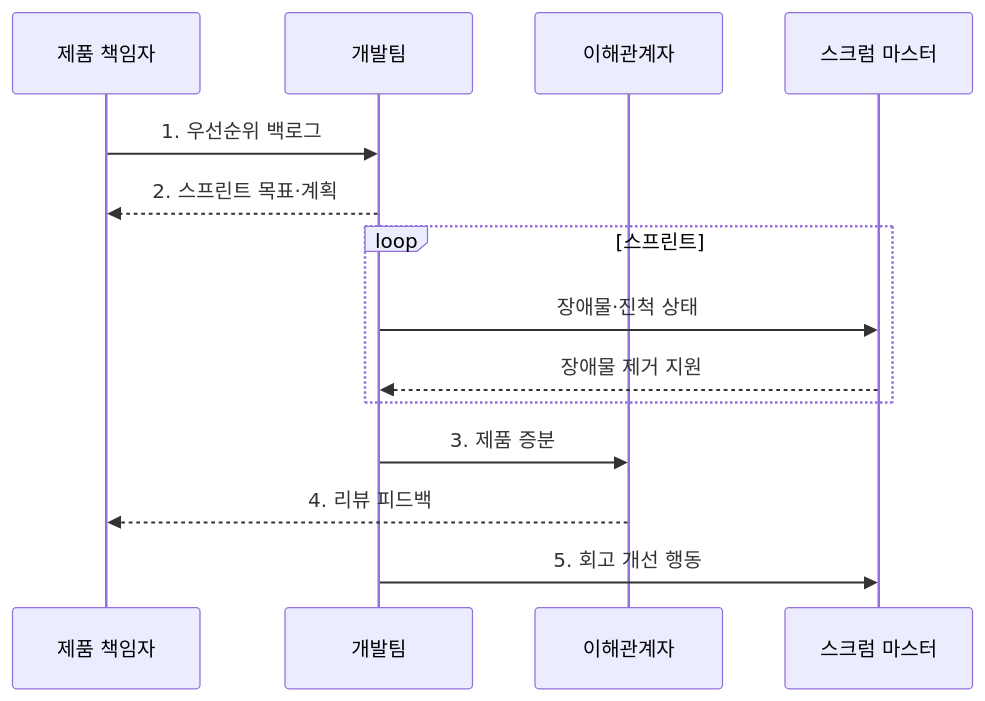
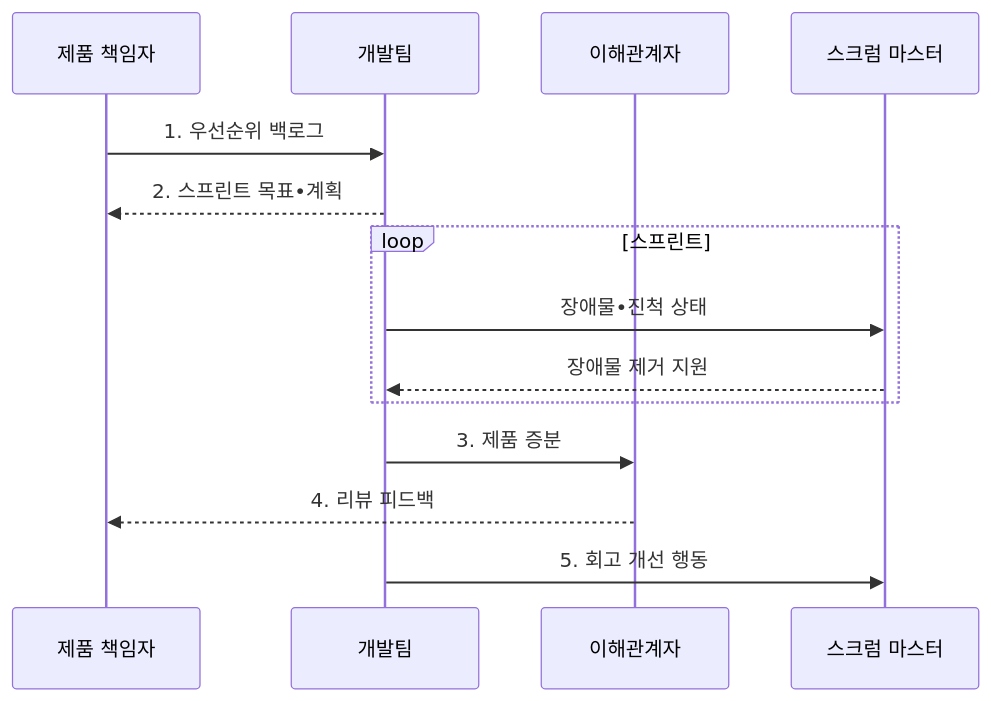
The second of 2 diagrams in src/content/docs/notes/03-software/032_agile_scrum.md (agnusdei1207/knowledge-base), drawn with Mermaid before and after one commit. The commit also changed other lines of this file and 953 other files, not shown here.

````diff
--- a/src/content/docs/notes/03-software/032_agile_scrum.md
+++ b/src/content/docs/notes/03-software/032_agile_scrum.md
@@ -110,16 +110,16 @@
 ```mermaid
 sequenceDiagram
     participant O as 제품 책임자
     participant D as 개발팀
     participant S as 이해관계자
     participant M as 스크럼 마스터
     O->>D: 1. 우선순위 백로그
-    D-->>O: 2. 스프린트 목표·계획
+    D-->>O: 2. 스프린트 목표•계획
     loop 스프린트
-        D->>M: 장애물·진척 상태
+        D->>M: 장애물•진척 상태
         M-->>D: 장애물 제거 지원
     end
     D->>S: 3. 제품 증분
     S-->>O: 4. 리뷰 피드백
     D->>M: 5. 회고 개선 행동
 ```
````
